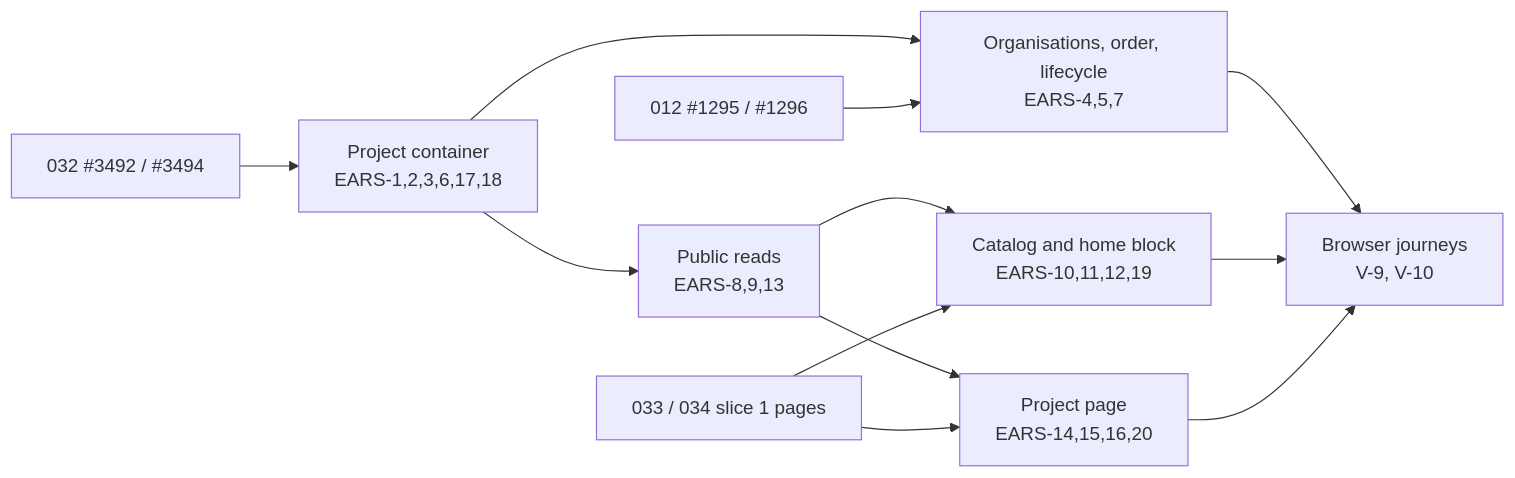
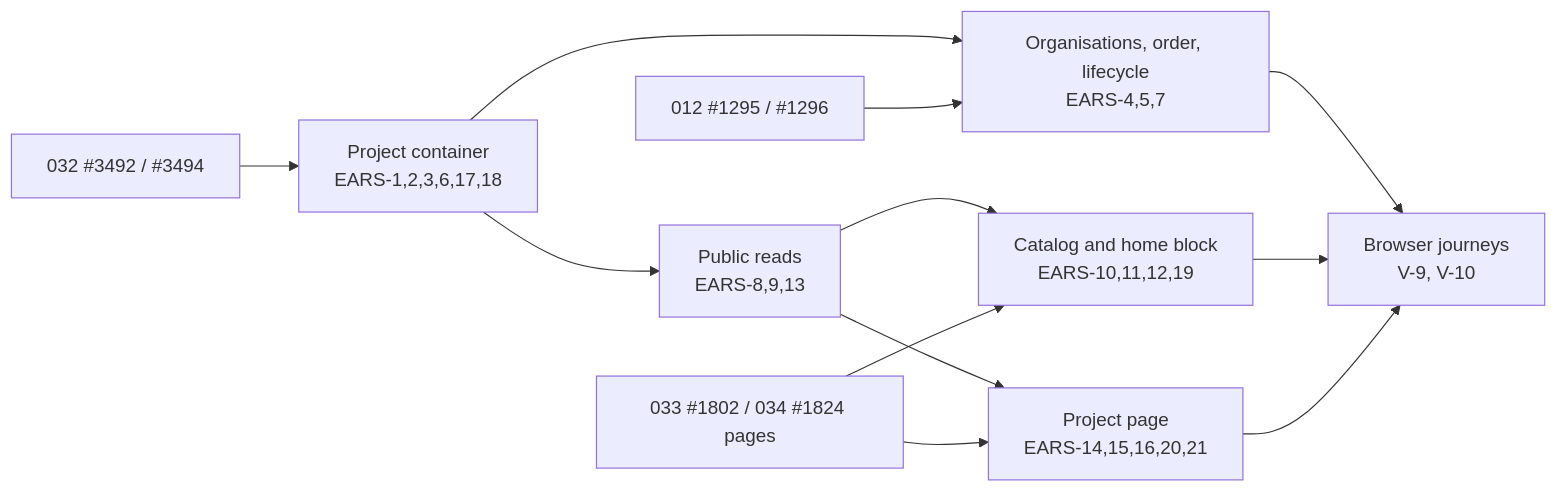
The fifth of 5 diagrams in apps/docs/content/specs/features/030-projects-catalog-and-page/030-design.md (doctor-school/ds-platform), drawn with Mermaid before and after one commit. The commit also changed other lines of this file and 3 other files, not shown here.

First line of the commit message:
docs(1800): 030 slice 1 — sought expert specialty (EARS-21) and lead-decision amendments

````diff
--- a/apps/docs/content/specs/features/030-projects-catalog-and-page/030-design.md
+++ b/apps/docs/content/specs/features/030-projects-catalog-and-page/030-design.md
@@ -211,14 +218,14 @@
 ```mermaid
 flowchart LR
   R[032 #3492 / #3494] --> A
   A[Project container<br/>EARS-1,2,3,6,17,18] --> B[Organisations, order, lifecycle<br/>EARS-4,5,7]
   A --> C[Public reads<br/>EARS-8,9,13]
   L[012 #1295 / #1296] --> B
   C --> D[Catalog and home block<br/>EARS-10,11,12,19]
-  C --> E[Project page<br/>EARS-14,15,16,20]
-  P[033 / 034 slice 1 pages] --> D
+  C --> E[Project page<br/>EARS-14,15,16,20,21]
+  P[033 #1802 / 034 #1824 pages] --> D
   P --> E
   B --> J[Browser journeys<br/>V-9, V-10]
   D --> J
   E --> J
 ```
````
